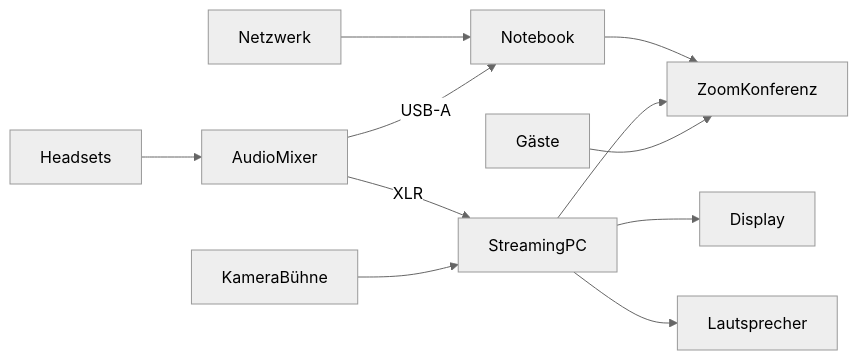
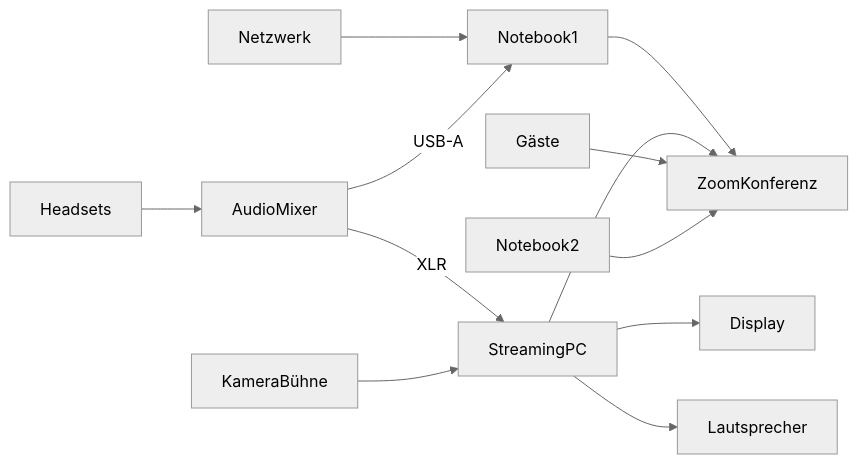
One commit to cogneon/digital-asset-pool changed the diagram in oercamp22/Readme.md. Above: the diagram before and after it, drawn with Mermaid (neutral theme). The commit also changed other lines of this file, not shown here.

Commit message:
Technik Bühne oercamp22 aktualisiert

````diff
--- a/oercamp22/Readme.md
+++ b/oercamp22/Readme.md
@@ -9,14 +9,14 @@
 ```mermaid
 graph LR;
       StreamingPC-->Display
-      Netzwerk-->Notebook
-      AudioMixer-->|USB-A|Notebook
+      Netzwerk-->Notebook1
+      AudioMixer-->|USB-A|Notebook1
       Headsets-->AudioMixer
-      Notebook-->ZoomKonferenz
+      Notebook1-->ZoomKonferenz
       AudioMixer-->|XLR|StreamingPC
       KameraBühne-->StreamingPC
       StreamingPC-->ZoomKonferenz
       StreamingPC-->Lautsprecher
       Gäste-->ZoomKonferenz
-      
+      Notebook2-->ZoomKonferenz
 ```
````
